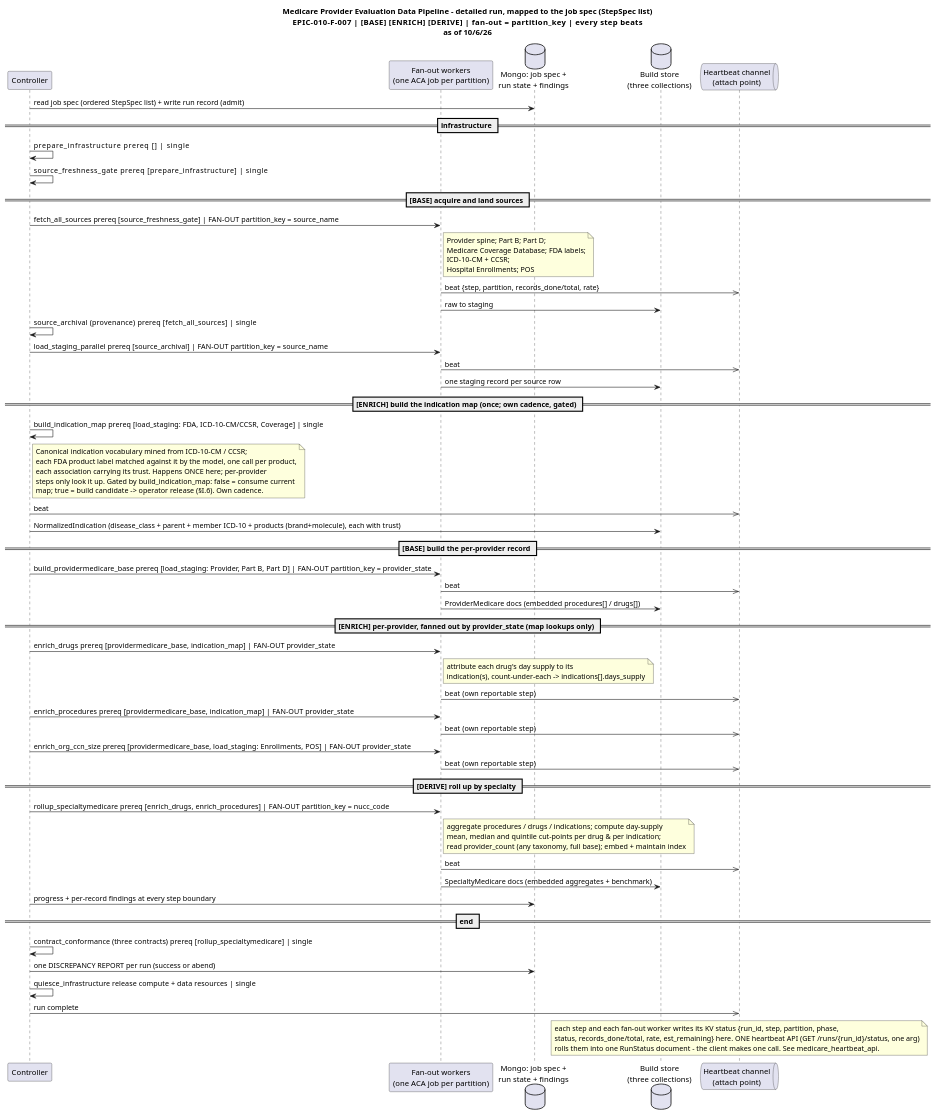
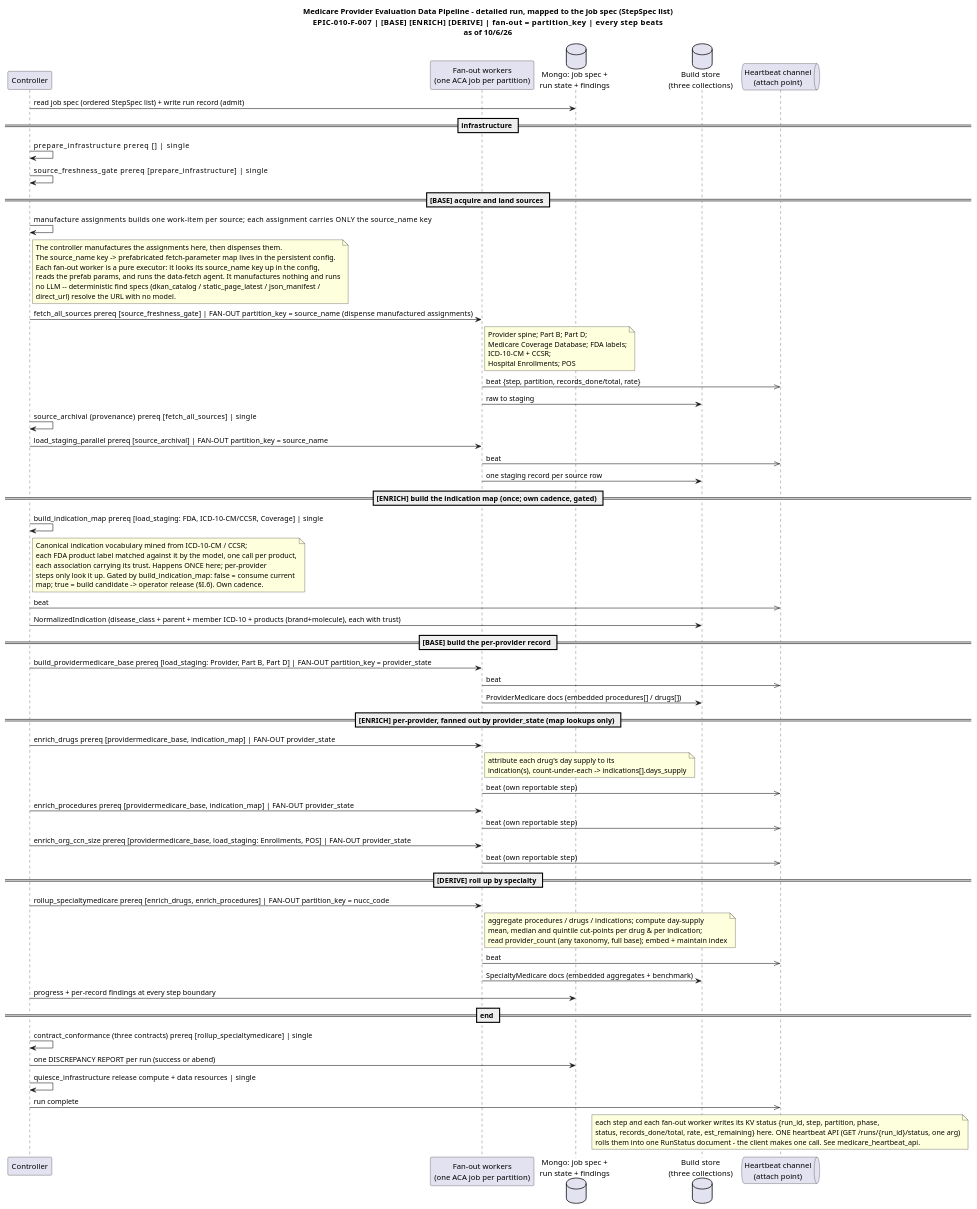
One commit to SkipSnow/ChatHealthyRepo changed the diagram in brain/machine_artifacts/diagramsAndImages/sources/medicare_detailed_sequence.puml. Above: the diagram before and after it, drawn with PlantUML. The commit also changed 16 other files, not shown here.

First line of the commit message:
@ Declarative model-free Medicare source fetch; worker lifecycle + report fixes; LLD v69

```diff
--- a/brain/machine_artifacts/diagramsAndImages/sources/medicare_detailed_sequence.puml
+++ b/brain/machine_artifacts/diagramsAndImages/sources/medicare_detailed_sequence.puml
@@ -1,61 +1,63 @@
 @startuml medicare_detailed_sequence
 skinparam shadowing false
 title Medicare Provider Evaluation Data Pipeline - detailed run, mapped to the job spec (StepSpec list)\nEPIC-010-F-007   |   [BASE] [ENRICH] [DERIVE]   |   fan-out = partition_key   |   every step beats\nas of 10/6/26
 
 participant "Controller" as CTL
 participant "Fan-out workers\n(one ACA job per partition)" as W
 database "Mongo: job spec +\nrun state + findings" as DB
 database "Build store\n(three collections)" as OUT
 queue "Heartbeat channel\n(attach point)" as HB
 
 CTL -> DB : read job spec (ordered StepSpec list) + write run record (admit)
 
 == infrastructure ==
 CTL -> CTL : prepare_infrastructure            prereq [] | single
 CTL -> CTL : source_freshness_gate             prereq [prepare_infrastructure] | single
 
 == [BASE] acquire and land sources ==
-CTL -> W : fetch_all_sources   prereq [source_freshness_gate] | FAN-OUT partition_key = source_name
+CTL -> CTL : manufacture assignments            builds one work-item per source; each assignment carries ONLY the source_name key
+note right of CTL : The controller manufactures the assignments here, then dispenses them.\nThe source_name key -> prefabricated fetch-parameter map lives in the persistent config.\nEach fan-out worker is a pure executor: it looks its source_name key up in the config,\nreads the prefab params, and runs the data-fetch agent. It manufactures nothing and runs\nno LLM -- deterministic find specs (dkan_catalog / static_page_latest / json_manifest /\ndirect_url) resolve the URL with no model.
+CTL -> W : fetch_all_sources   prereq [source_freshness_gate] | FAN-OUT partition_key = source_name   (dispense manufactured assignments)
 note right of W : Provider spine; Part B; Part D;\nMedicare Coverage Database; FDA labels;\nICD-10-CM + CCSR;\nHospital Enrollments; POS
 W ->> HB : beat {step, partition, records_done/total, rate}
 W -> OUT : raw to staging
 CTL -> CTL : source_archival (provenance)      prereq [fetch_all_sources] | single
 CTL -> W : load_staging_parallel   prereq [source_archival] | FAN-OUT partition_key = source_name
 W ->> HB : beat
 W -> OUT : one staging record per source row
 
 == [ENRICH] build the indication map (once; own cadence, gated) ==
 CTL -> CTL : build_indication_map   prereq [load_staging: FDA, ICD-10-CM/CCSR, Coverage] | single
 note right of CTL : Canonical indication vocabulary mined from ICD-10-CM / CCSR;\neach FDA product label matched against it by the model, one call per product,\neach association carrying its trust. Happens ONCE here; per-provider\nsteps only look it up. Gated by build_indication_map: false = consume current\nmap; true = build candidate -> operator release (§I.6). Own cadence.
 CTL ->> HB : beat
 CTL -> OUT : NormalizedIndication (disease_class + parent + member ICD-10 + products (brand+molecule), each with trust)
 
 == [BASE] build the per-provider record ==
 CTL -> W : build_providermedicare_base   prereq [load_staging: Provider, Part B, Part D] | FAN-OUT partition_key = provider_state
 W ->> HB : beat
 W -> OUT : ProviderMedicare docs (embedded procedures[] / drugs[])
 
 == [ENRICH] per-provider, fanned out by provider_state (map lookups only) ==
 CTL -> W : enrich_drugs   prereq [providermedicare_base, indication_map] | FAN-OUT provider_state
 note right of W : attribute each drug's day supply to its\nindication(s), count-under-each -> indications[].days_supply
 W ->> HB : beat  (own reportable step)
 CTL -> W : enrich_procedures   prereq [providermedicare_base, indication_map] | FAN-OUT provider_state
 W ->> HB : beat  (own reportable step)
 CTL -> W : enrich_org_ccn_size   prereq [providermedicare_base, load_staging: Enrollments, POS] | FAN-OUT provider_state
 W ->> HB : beat  (own reportable step)
 
 == [DERIVE] roll up by specialty ==
 CTL -> W : rollup_specialtymedicare   prereq [enrich_drugs, enrich_procedures] | FAN-OUT partition_key = nucc_code
 note right of W : aggregate procedures / drugs / indications; compute day-supply\nmean, median and quintile cut-points per drug & per indication;\nread provider_count (any taxonomy, full base); embed + maintain index
 W ->> HB : beat
 W -> OUT : SpecialtyMedicare docs (embedded aggregates + benchmark)
 CTL -> DB : progress + per-record findings at every step boundary
 
 == end ==
 CTL -> CTL : contract_conformance (three contracts)   prereq [rollup_specialtymedicare] | single
 CTL -> DB : one DISCREPANCY REPORT per run (success or abend)
 CTL -> CTL : quiesce_infrastructure   release compute + data resources | single
 CTL ->> HB : run complete
 
 note over HB : each step and each fan-out worker writes its KV status {run_id, step, partition, phase,\nstatus, records_done/total, rate, est_remaining} here. ONE heartbeat API (GET /runs/{run_id}/status, one arg)\nrolls them into one RunStatus document - the client makes one call. See medicare_heartbeat_api.
 @enduml
```
